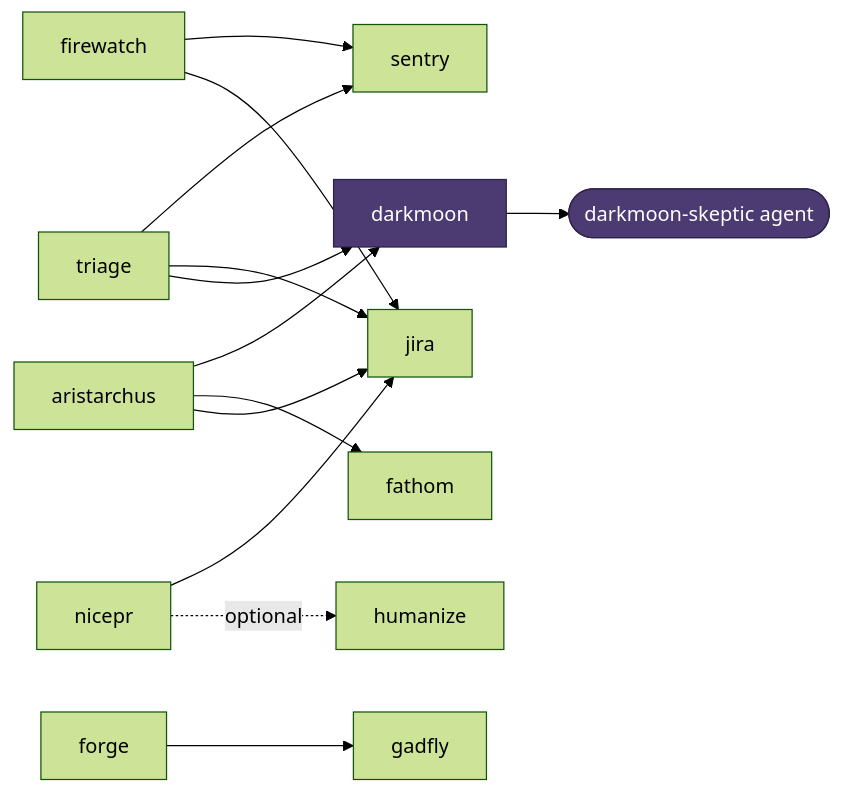
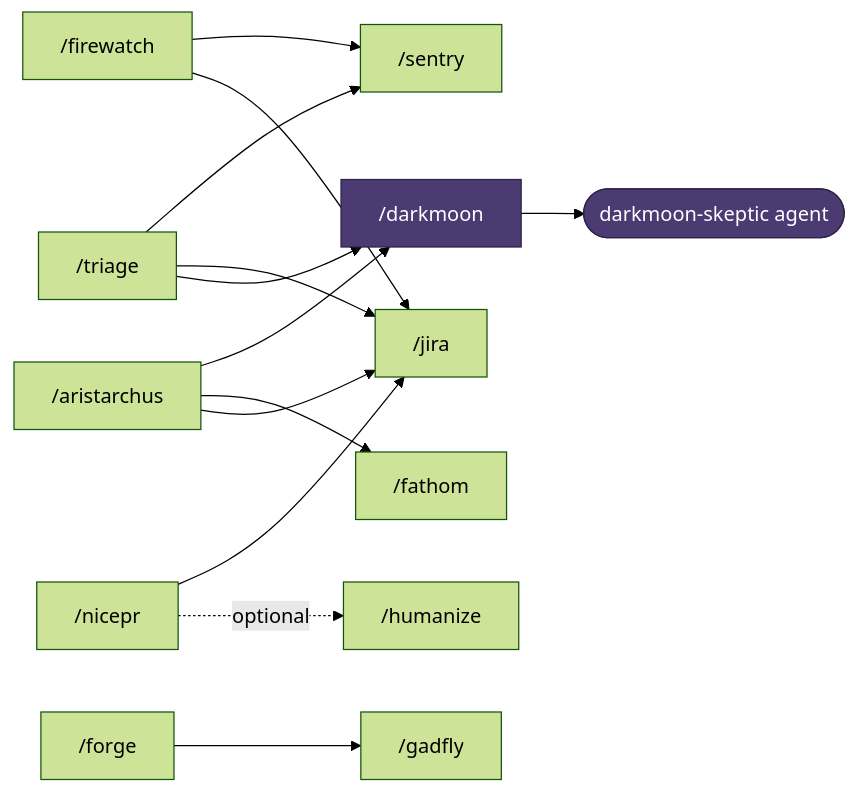
One commit to sgtlaugh/skills changed the diagram in README.md. Above: the diagram before and after it, drawn with Mermaid (forest theme). The commit also changed other lines of this file, not shown here.

````diff
--- a/README.md
+++ b/README.md
@@ -116,18 +113,18 @@
 ```mermaid
 flowchart LR
-    triage --> sentry
-    triage --> jira
-    triage --> darkmoon
-    firewatch --> sentry
+    triage["/triage"] --> sentry["/sentry"]
+    triage --> jira["/jira"]
+    triage --> darkmoon["/darkmoon"]
+    firewatch["/firewatch"] --> sentry
     firewatch --> jira
-    aristarchus --> darkmoon
-    aristarchus --> fathom
+    aristarchus["/aristarchus"] --> darkmoon
+    aristarchus --> fathom["/fathom"]
     aristarchus --> jira
-    forge --> gadfly
-    nicepr --> jira
-    nicepr -. optional .-> humanize
+    forge["/forge"] --> gadfly["/gadfly"]
+    nicepr["/nicepr"] --> jira
+    nicepr -. optional .-> humanize["/humanize"]
     darkmoon --> skeptic([darkmoon-skeptic agent])
 
     classDef verifier fill:#4c3a72,stroke:#2e2347,color:#fff
     class darkmoon,skeptic verifier
 ```
````
